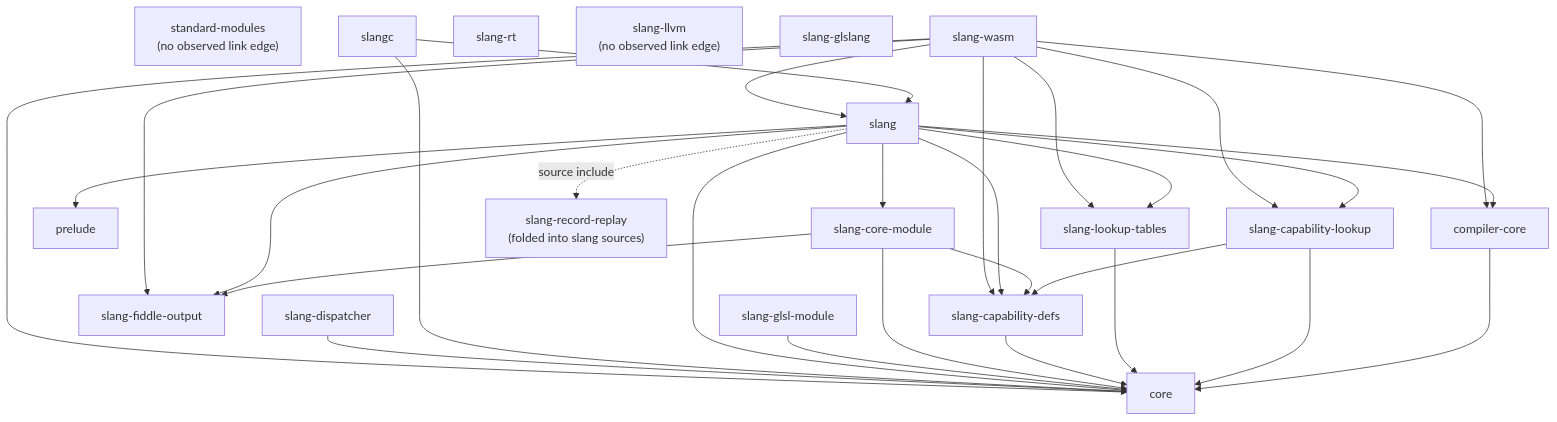
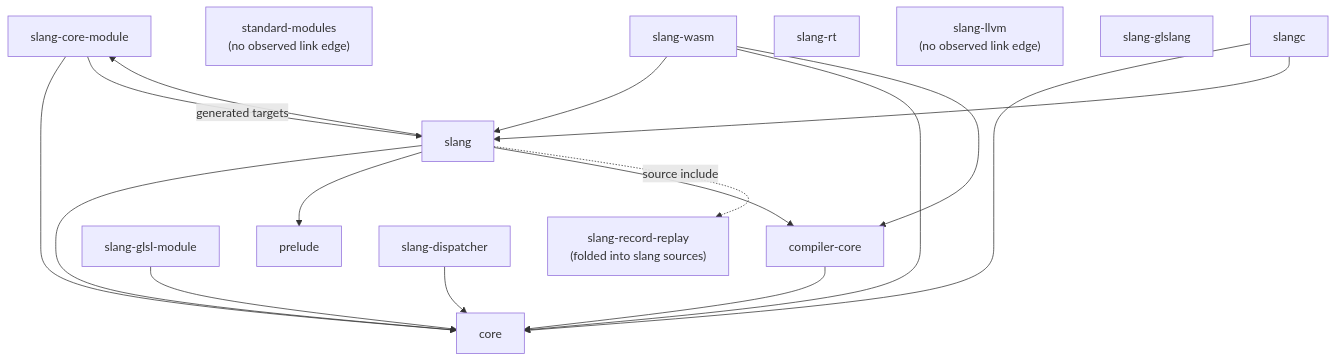
One commit to shader-slang/slang changed the diagram in docs/generated/design/architecture/dependency-graph.md. Above: the diagram before and after it, drawn with Mermaid. The commit also changed other lines of this file and 176 other files, not shown here.

````diff
--- a/docs/generated/design/architecture/dependency-graph.md
+++ b/docs/generated/design/architecture/dependency-graph.md
@@ -34,54 +34,37 @@
 ```mermaid
 flowchart TB
     coreLib[core]
     compilerCore[compiler-core]
     prelude[prelude]
-    capabilityDefs[slang-capability-defs]
-    capabilityLookup[slang-capability-lookup]
-    lookupTables[slang-lookup-tables]
-    fiddleOutput[slang-fiddle-output]
     coreModule[slang-core-module]
     glslModule[slang-glsl-module]
     standardModules["standard-modules<br/>(no observed link edge)"]
     slangLib[slang]
     slangRecordReplay["slang-record-replay<br/>(folded into slang sources)"]
     slangc[slangc]
     slangDispatcher[slang-dispatcher]
     slangRt[slang-rt]
     slangLlvm["slang-llvm<br/>(no observed link edge)"]
     slangGlslang[slang-glslang]
     slangWasm[slang-wasm]
 
     compilerCore --> coreLib
-    capabilityLookup --> coreLib
-    capabilityLookup --> capabilityDefs
-    lookupTables --> coreLib
-    capabilityDefs --> coreLib
     coreModule --> coreLib
-    coreModule --> capabilityDefs
-    coreModule --> fiddleOutput
+    coreModule -->|generated targets| slangLib
     glslModule --> coreLib
 
     slangLib --> coreLib
     slangLib --> prelude
     slangLib --> compilerCore
-    slangLib --> capabilityDefs
-    slangLib --> capabilityLookup
-    slangLib --> fiddleOutput
-    slangLib --> lookupTables
     slangLib --> coreModule
     slangLib -.->|source include| slangRecordReplay
 
     slangc --> coreLib
     slangc --> slangLib
 
     slangDispatcher --> coreLib
 
     slangWasm --> slangLib
     slangWasm --> coreLib
     slangWasm --> compilerCore
-    slangWasm --> capabilityDefs
-    slangWasm --> capabilityLookup
-    slangWasm --> fiddleOutput
-    slangWasm --> lookupTables
 ```
````
